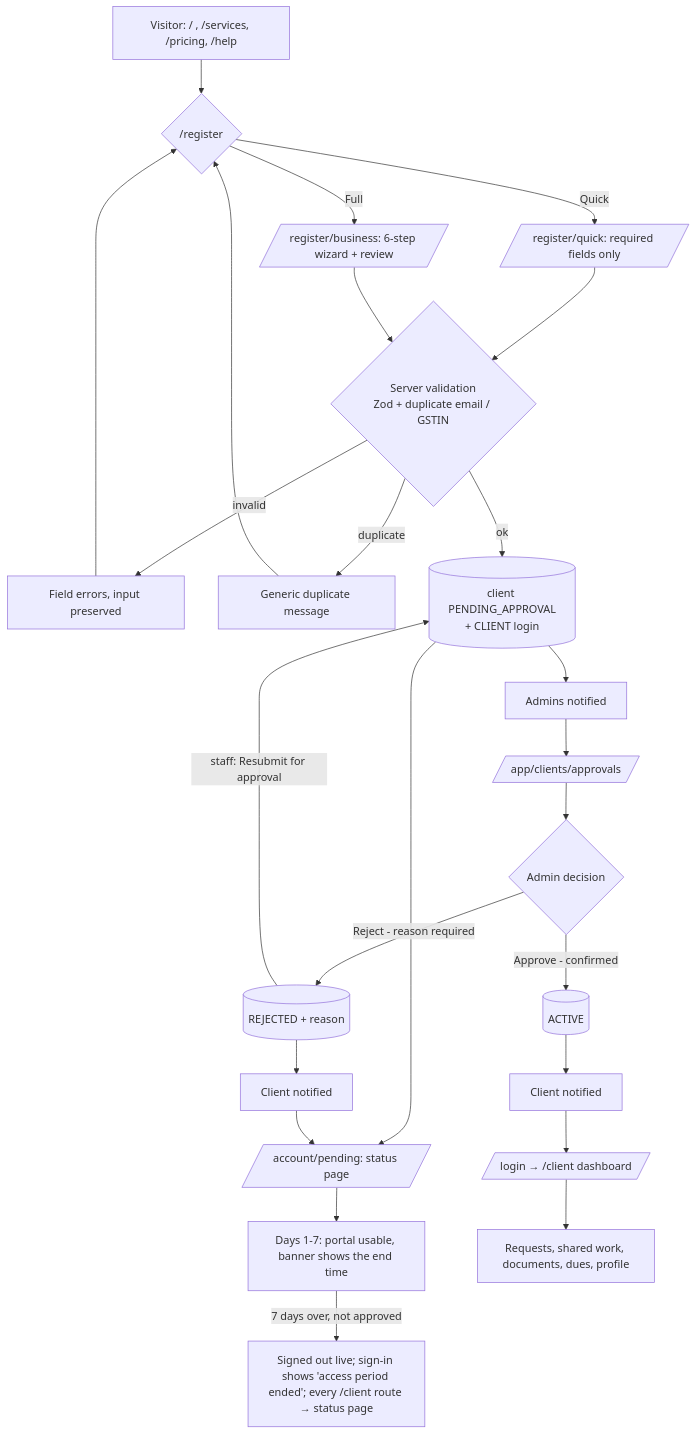
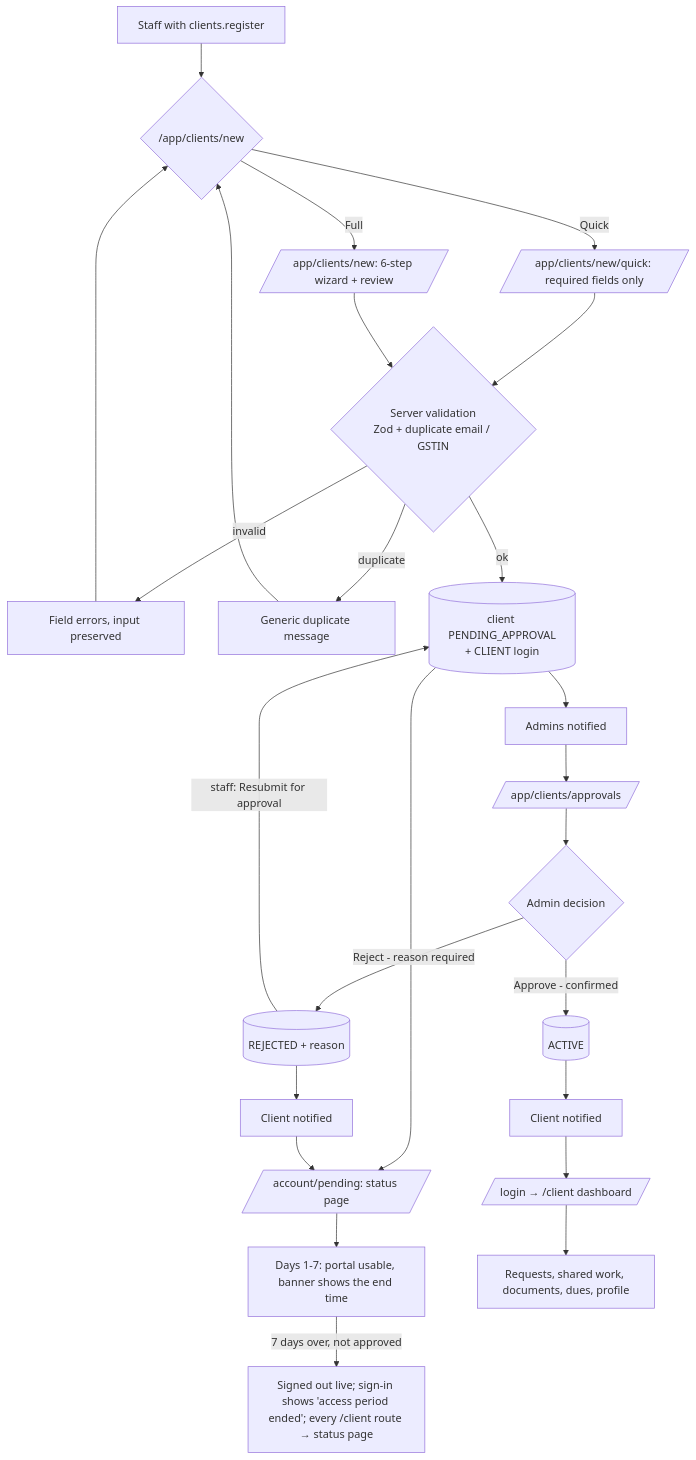
Before and after one commit to priyanshu442004/SS-Dimri: the first of 8 diagrams in docs/user-journeys.md, drawn with Mermaid. The commit also changed other lines of this file and 30 other files, not shown here.

First line of the commit message:
Serve many firms: open firm registration, staff-only client registration

````diff
--- a/docs/user-journeys.md
+++ b/docs/user-journeys.md
@@ -13,20 +13,20 @@
 ```mermaid
 flowchart TD
-  V[Visitor: / , /services, /pricing, /help] --> R{/register}
-  R -->|Quick| Q[/register/quick: required fields only/]
-  R -->|Full| W[/register/business: 6-step wizard + review/]
+  V[Staff with clients.register] --> R{/app/clients/new}
+  R -->|Quick| Q[/app/clients/new/quick: required fields only/]
+  R -->|Full| W[/app/clients/new: 6-step wizard + review/]
   Q --> VAL{Server validation<br/>Zod + duplicate email / GSTIN}
   W --> VAL
   VAL -->|invalid| ERR[Field errors, input preserved] --> R
   VAL -->|duplicate| DUP[Generic duplicate message] --> R
   VAL -->|ok| P[(client PENDING_APPROVAL<br/>+ CLIENT login)]
   P --> ST[/account/pending: status page/]
   ST --> GR[Days 1-7: portal usable, banner shows the end time]
   GR -->|7 days over, not approved| LK[Signed out live; sign-in shows 'access period ended'; every /client route → status page]
   P --> N1[Admins notified] --> AQ[/app/clients/approvals/]
   AQ --> D{Admin decision}
   D -->|Approve - confirmed| A[(ACTIVE)] --> N2[Client notified] --> SI[/login → /client dashboard/]
   D -->|Reject - reason required| RJ[(REJECTED + reason)] --> N3[Client notified] --> ST
   RJ -->|staff: Resubmit for approval| P
   SI --> PORT[Requests, shared work, documents, dues, profile]
 ```
````
